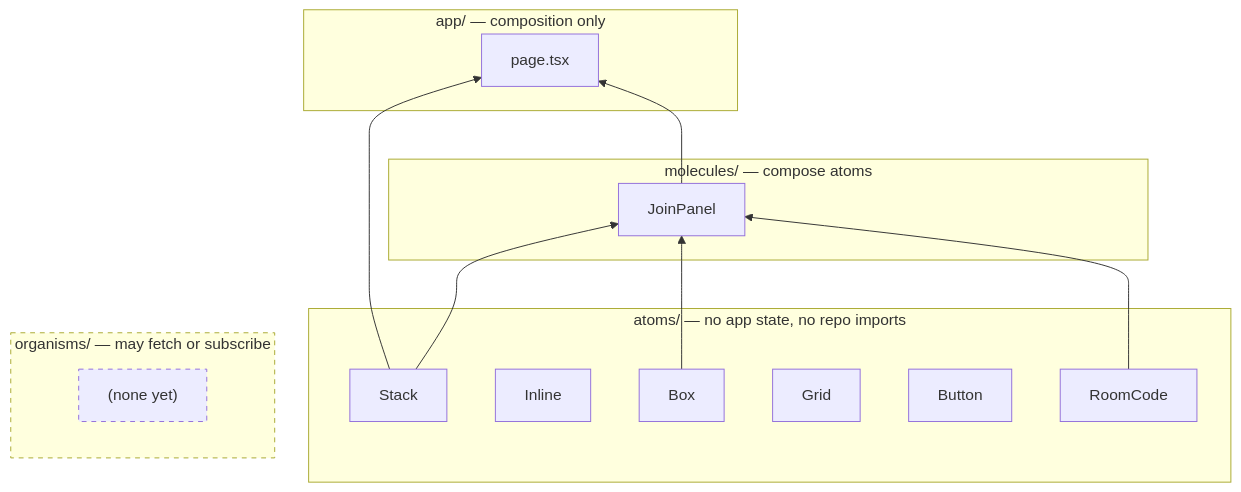
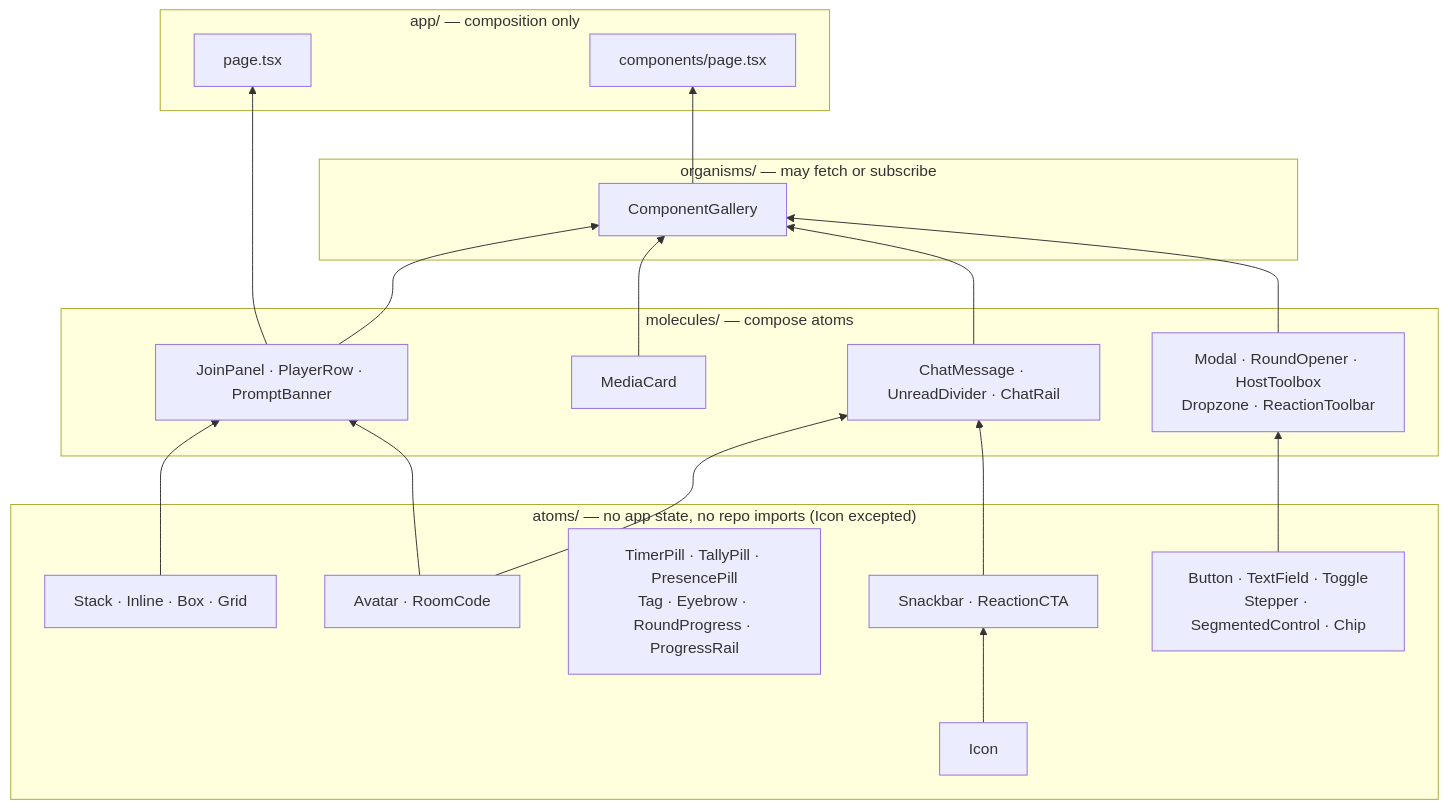
Before and after one commit to Jmeza081/captionist: the second of 4 diagrams in docs/architecture.md, drawn with Mermaid. The commit also changed other lines of this file and 93 other files, not shown here.

````diff
--- a/docs/architecture.md
+++ b/docs/architecture.md
@@ -58,29 +64,37 @@
 ```mermaid
 graph BT
-  subgraph atoms["atoms/ — no app state, no repo imports"]
-    Stack["Stack"]
-    Inline["Inline"]
-    Box["Box"]
-    Grid["Grid"]
-    Button["Button"]
-    RoomCode["RoomCode"]
+  subgraph atoms["atoms/ — no app state, no repo imports (Icon excepted)"]
+    Layout["Stack · Inline · Box · Grid"]
+    Icon["Icon"]
+    Controls["Button · TextField · Toggle<br/>Stepper · SegmentedControl · Chip"]
+    Status["TimerPill · TallyPill · PresencePill<br/>Tag · Eyebrow · RoundProgress · ProgressRail"]
+    Ident["Avatar · RoomCode"]
+    Feedback["Snackbar · ReactionCTA"]
   end
   subgraph molecules["molecules/ — compose atoms"]
-    JoinPanel["JoinPanel"]
+    Room["JoinPanel · PlayerRow · PromptBanner"]
+    Media["MediaCard"]
+    Chat["ChatMessage · UnreadDivider · ChatRail"]
+    Overlay["Modal · RoundOpener · HostToolbox<br/>Dropzone · ReactionToolbar"]
   end
   subgraph organisms["organisms/ — may fetch or subscribe"]
-    Empty["(none yet)"]
+    Gallery["ComponentGallery"]
   end
   subgraph pages["app/ — composition only"]
     Home["page.tsx"]
+    Comp["components/page.tsx"]
   end
 
-  RoomCode --> JoinPanel
-  Stack --> JoinPanel
-  Box --> JoinPanel
-  JoinPanel --> Home
-  Stack --> Home
-
-  style organisms stroke-dasharray: 5 5
-  style Empty stroke-dasharray: 5 5
+  Icon --> Feedback
+  Layout --> Room
+  Ident --> Room
+  Ident --> Chat
+  Controls --> Overlay
+  Feedback --> Chat
+  Room --> Home
+  Room --> Gallery
+  Media --> Gallery
+  Chat --> Gallery
+  Overlay --> Gallery
+  Gallery --> Comp
 ```
````
